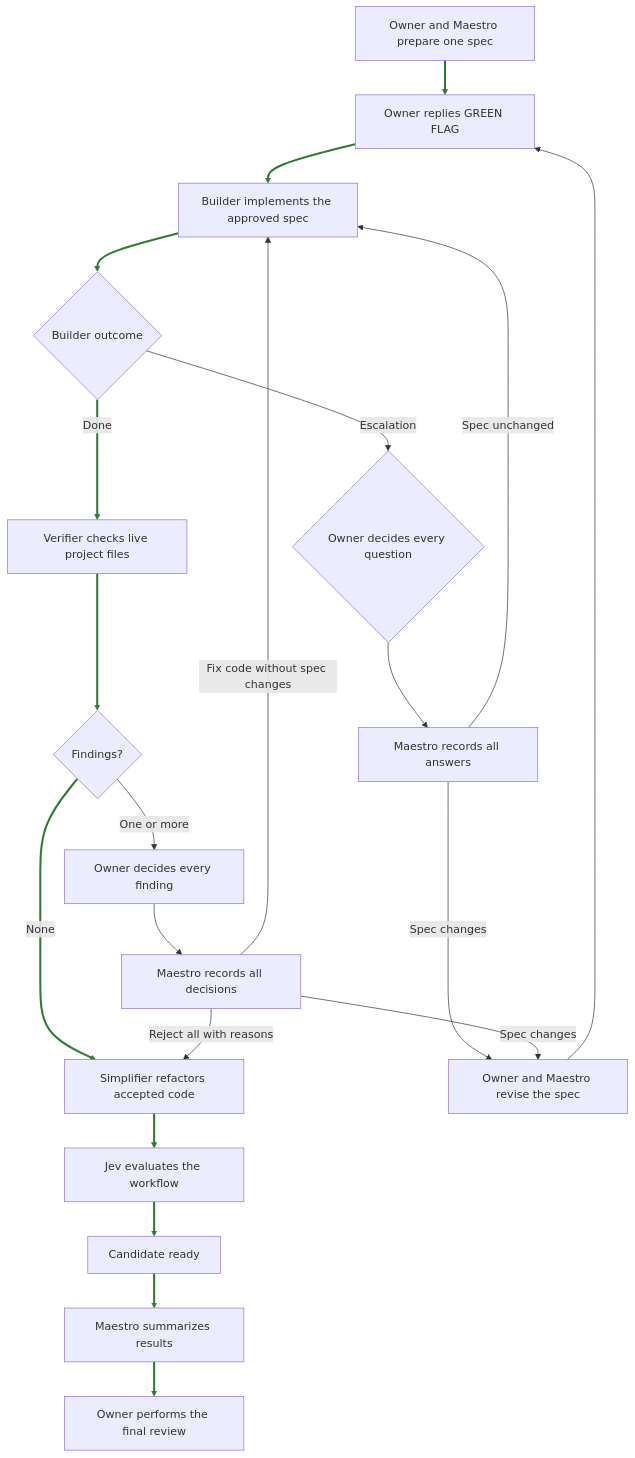
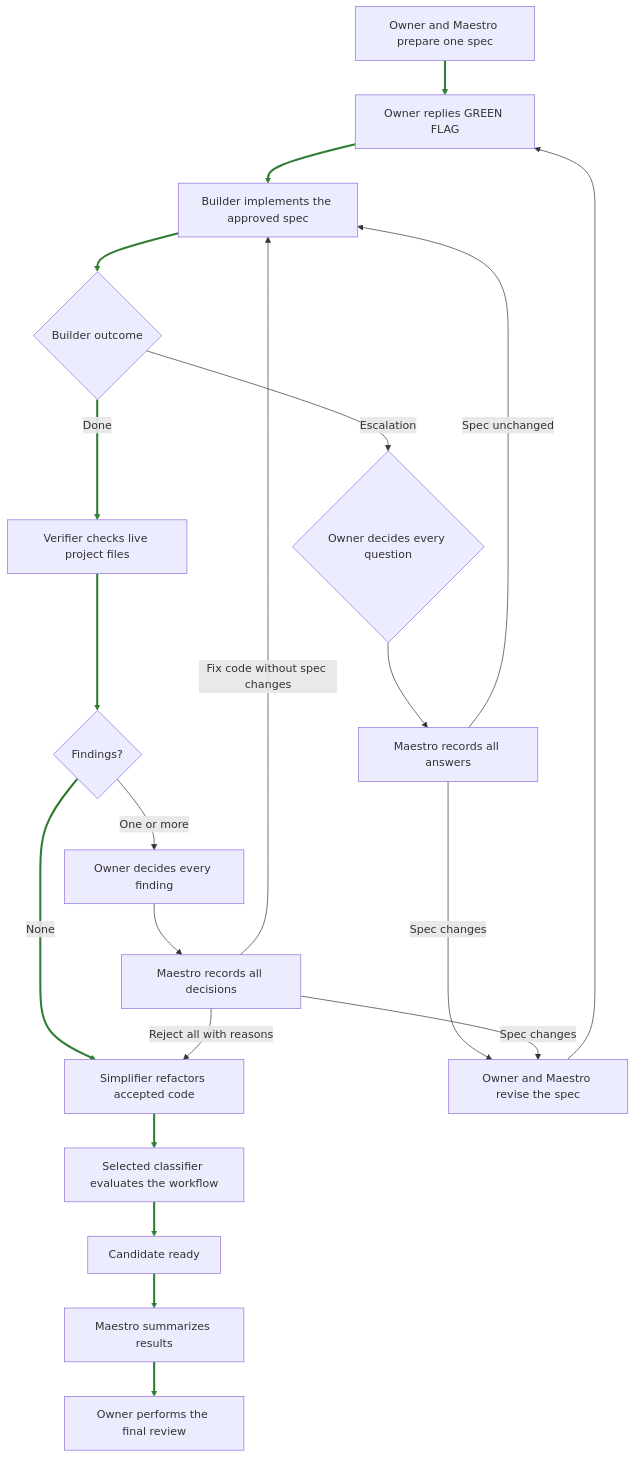
The diagram in docs/workflow.md (emilioSp/pi-maestro), drawn with Mermaid before and after one commit. The commit also changed other lines of this file and 2 other files, not shown here.

````diff
--- a/docs/workflow.md
+++ b/docs/workflow.md
@@ -56,35 +49,35 @@
 ```mermaid
 flowchart TD
     spec[Owner and Maestro prepare one spec]
     approval[Owner replies GREEN FLAG]
     build[Builder implements the approved spec]
     buildOutcome{Builder outcome}
     verify[Verifier checks live project files]
     findings{Findings?}
     simplify[Simplifier refactors accepted code]
-    evaluate[Jev evaluates the workflow]
+    evaluate[Selected classifier evaluates the workflow]
     candidate[Candidate ready]
     summary[Maestro summarizes results]
     review[Owner performs the final review]
     spec --> approval
     approval --> build
     build --> buildOutcome
     buildOutcome -->|Done| verify
     verify --> findings
     findings -->|None| simplify
     buildOutcome -->|Escalation| ownerEscalation{Owner decides every question}
     ownerEscalation --> recordEscalation[Maestro records all answers]
     recordEscalation -->|Spec unchanged| build
     recordEscalation -->|Spec changes| reviseSpec[Owner and Maestro revise the spec]
     reviseSpec --> approval
     findings -->|One or more| ownerFindings[Owner decides every finding]
     ownerFindings --> recordFindings[Maestro records all decisions]
     recordFindings -->|Reject all with reasons| simplify
     recordFindings -->|Fix code without spec changes| build
     recordFindings -->|Spec changes| reviseSpec
     simplify --> evaluate
     evaluate --> candidate
     candidate --> summary
     summary --> review
     linkStyle 0,1,2,3,4,5,16,17,18,19 stroke: #2e7d32, stroke-width: 3px
 ```
````
